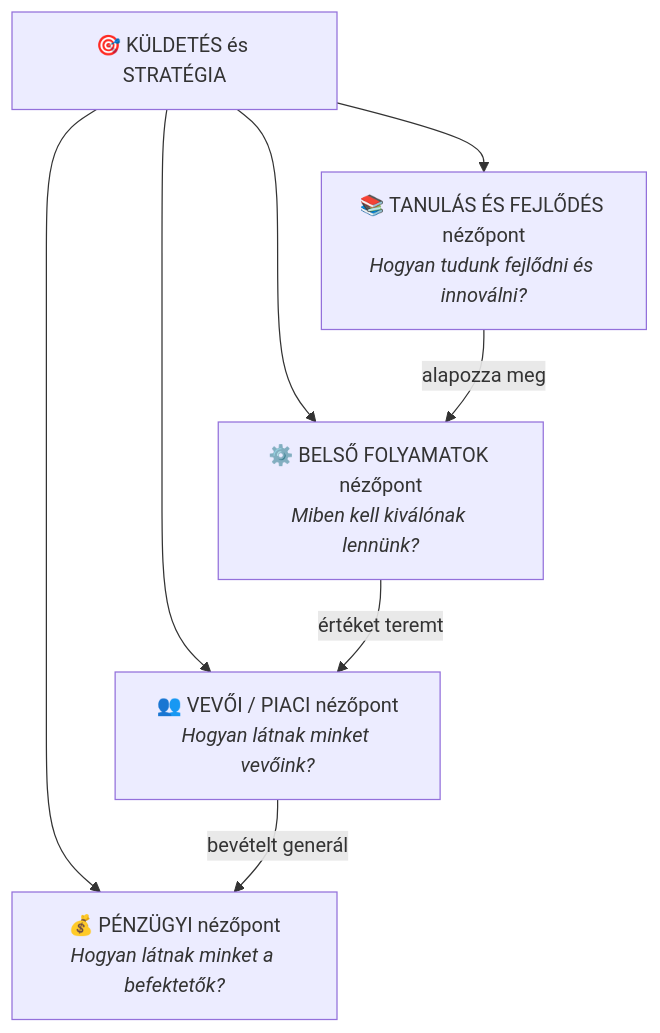
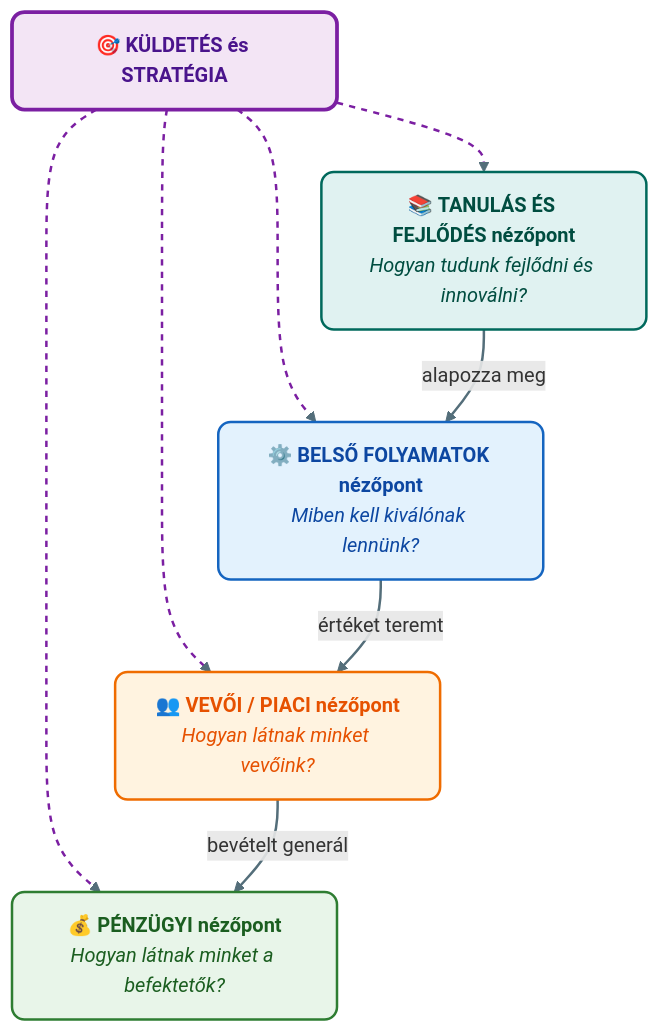
Before and after one commit to denespocsik/MM_BSC_Zarovizsga: the first of 2 diagrams in Tételek/K20-GIXVS2MBLF-Balanced Scorecard.tétel.md, drawn with Mermaid. The commit also changed other lines of this file and 34 other files, not shown here.

First line of the commit message:
style(tételek): egységes vizuális arculat a Mermaid-diagramokhoz

````diff
--- a/Tételek/K20-GIXVS2MBLF-Balanced Scorecard.tétel.md
+++ b/Tételek/K20-GIXVS2MBLF-Balanced Scorecard.tétel.md
@@ -17,13 +17,22 @@
 ```mermaid
 flowchart TD
-    S["🎯 KÜLDETÉS és STRATÉGIA"]
+    S["🎯 <b>KÜLDETÉS és STRATÉGIA</b>"]:::lilaH
 
-    S --> P["💰 PÉNZÜGYI nézőpont<br/><i>Hogyan látnak minket a befektetők?</i>"]
-    S --> V["👥 VEVŐI / PIACI nézőpont<br/><i>Hogyan látnak minket vevőink?</i>"]
-    S --> B["⚙️ BELSŐ FOLYAMATOK nézőpont<br/><i>Miben kell kiválónak lennünk?</i>"]
-    S --> T["📚 TANULÁS ÉS FEJLŐDÉS nézőpont<br/><i>Hogyan tudunk fejlődni és innoválni?</i>"]
+    S --> P["💰 <b>PÉNZÜGYI nézőpont</b><br/><i>Hogyan látnak minket a befektetők?</i>"]:::zold
+    S --> V["👥 <b>VEVŐI / PIACI nézőpont</b><br/><i>Hogyan látnak minket vevőink?</i>"]:::narancs
+    S --> B["⚙️ <b>BELSŐ FOLYAMATOK nézőpont</b><br/><i>Miben kell kiválónak lennünk?</i>"]:::kek
+    S --> T["📚 <b>TANULÁS ÉS FEJLŐDÉS nézőpont</b><br/><i>Hogyan tudunk fejlődni és innoválni?</i>"]:::turkiz
 
     T -->|"alapozza meg"| B
     B -->|"értéket teremt"| V
     V -->|"bevételt generál"| P
+
+    classDef kek     fill:#e3f2fd,stroke:#1565c0,stroke-width:2px,color:#0d47a1,rx:10,ry:10;
+    classDef zold    fill:#e8f5e9,stroke:#2e7d32,stroke-width:2px,color:#1b5e20,rx:10,ry:10;
+    classDef narancs fill:#fff3e0,stroke:#ef6c00,stroke-width:2px,color:#e65100,rx:10,ry:10;
+    classDef lilaH   fill:#f3e5f5,stroke:#7b1fa2,stroke-width:3px,color:#4a148c,rx:10,ry:10;
+    classDef turkiz  fill:#e0f2f1,stroke:#00695c,stroke-width:2px,color:#004d40,rx:10,ry:10;
+
+    linkStyle default stroke:#546e7a,stroke-width:2px;
+    linkStyle 0,1,2,3 stroke:#7b1fa2,stroke-width:2px,stroke-dasharray: 5 5;
 ```
````
